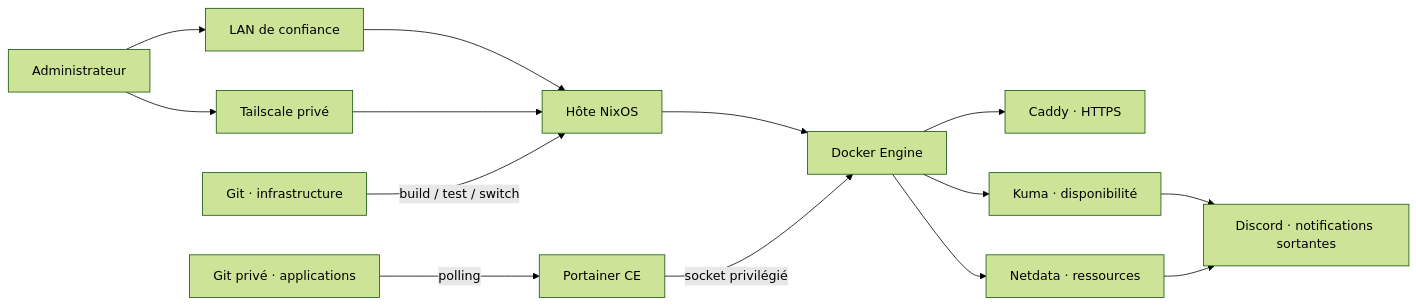
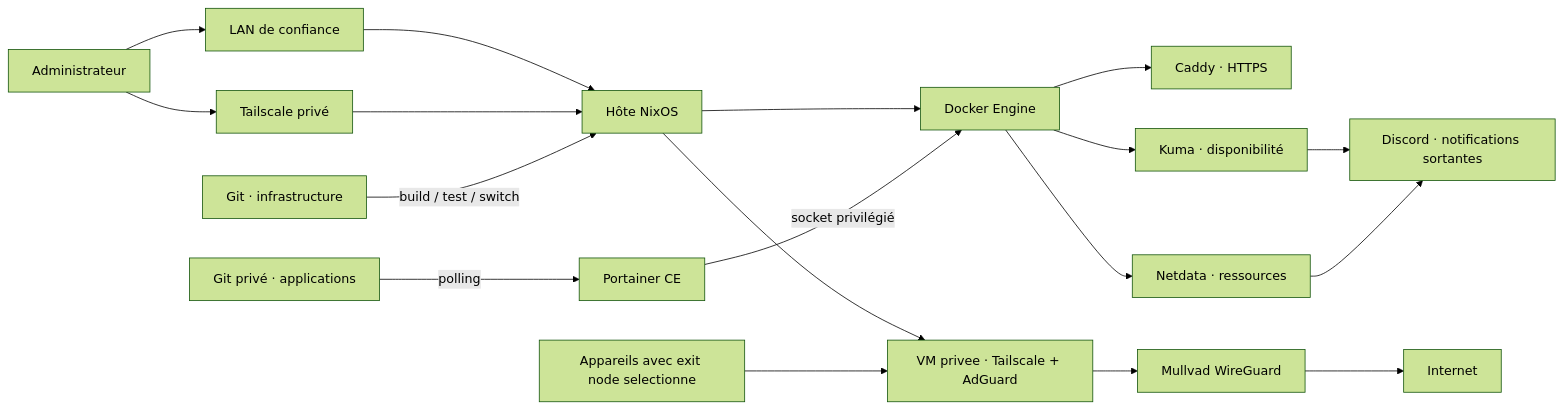
One commit to sobekkkk/nixos-homelab-conf changed the diagram in README.md. Above: the diagram before and after it, drawn with Mermaid (forest theme). The commit also changed other lines of this file and 16 other files, not shown here.

Commit message:
Add isolated Mullvad Tailscale gateway and client runbooks

````diff
--- a/README.md
+++ b/README.md
@@ -14,16 +14,20 @@
 ```mermaid
 flowchart LR
     Admin[Administrateur] --> LAN[LAN de confiance]
     Admin --> Tail[Tailscale privé]
     LAN --> Host[Hôte NixOS]
     Tail --> Host
     Infra[Git · infrastructure] -->|build / test / switch| Host
     Apps[Git privé · applications] -->|polling| P[Portainer CE]
     Host --> Docker[Docker Engine]
     P -->|socket privilégié| Docker
     Docker --> C[Caddy · HTTPS]
     Docker --> K[Kuma · disponibilité]
     Docker --> N[Netdata · ressources]
     K --> Discord[Discord · notifications sortantes]
     N --> Discord
+    Host --> VM[VM privee · Tailscale + AdGuard]
+    Devices[Appareils avec exit node selectionne] --> VM
+    VM --> VPN[Mullvad WireGuard]
+    VPN --> Internet[Internet]
 ```
````
